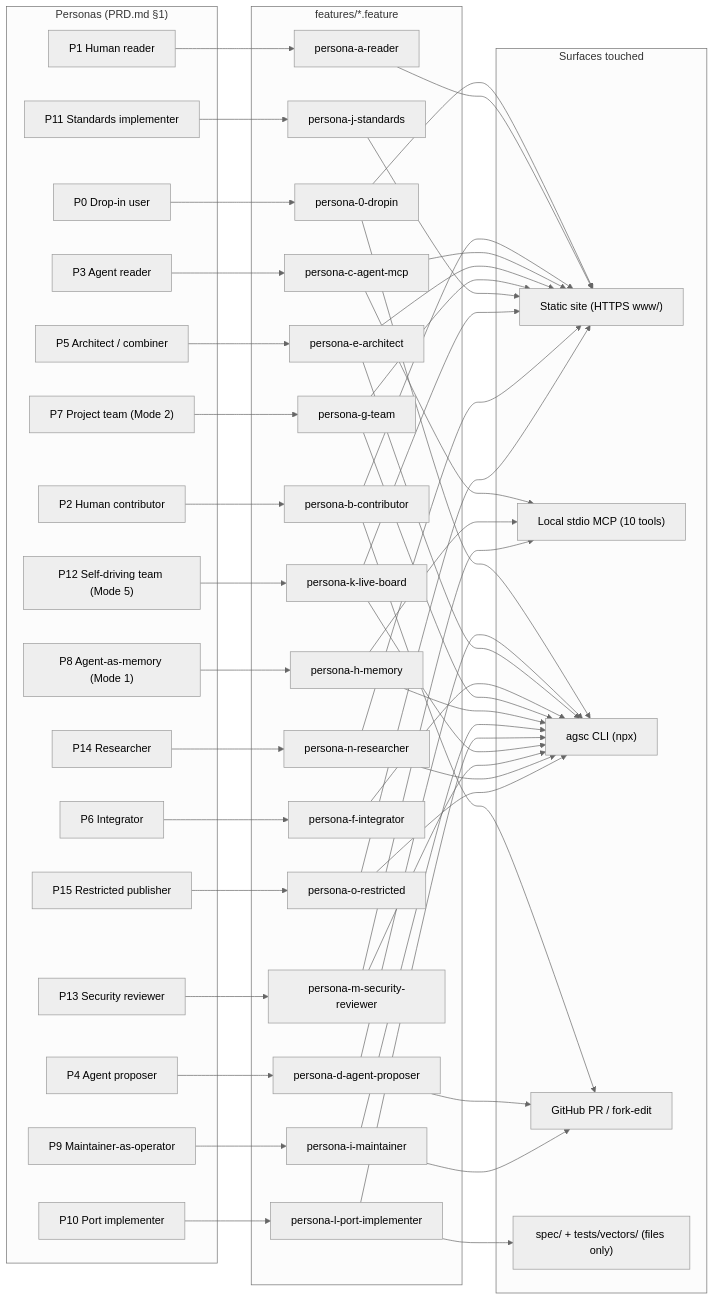
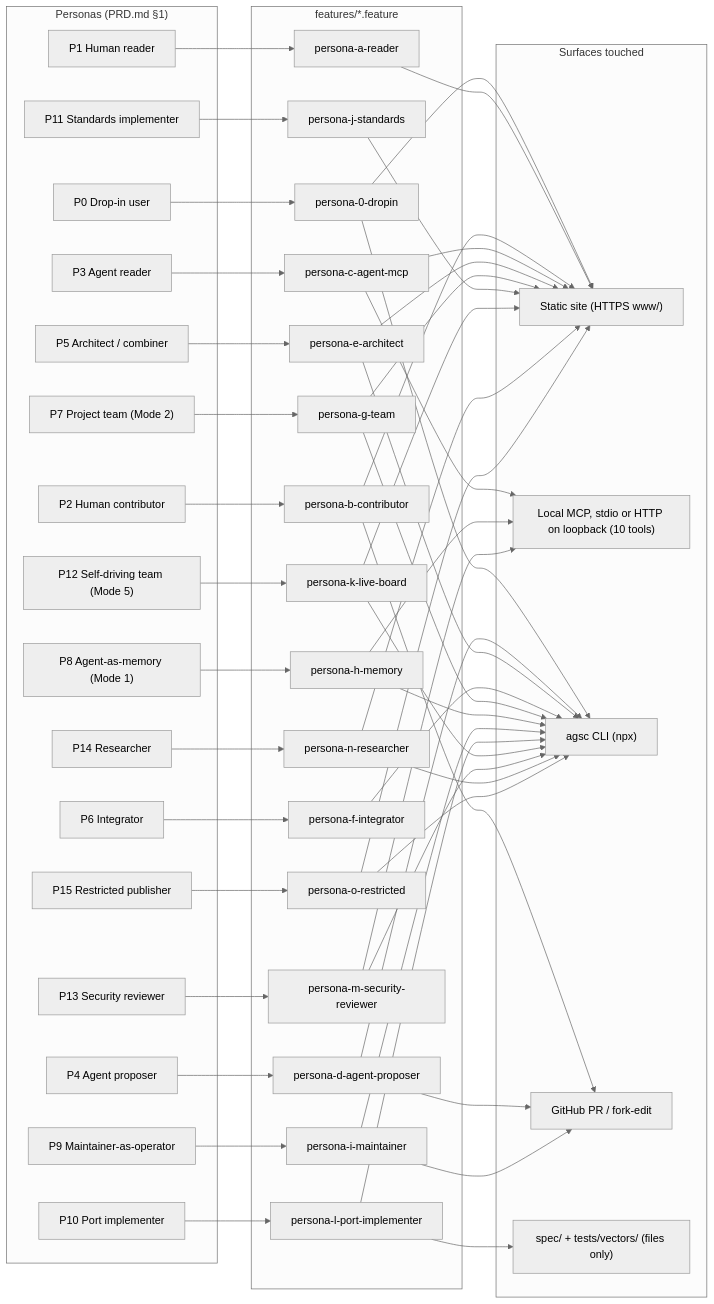
The diagram in docs/diagrams/scenario-map.md (andreibesleaga/agentic-system-core), drawn with Mermaid (neutral theme) before and after one commit. The commit also changed 33 other files, not shown here.

````diff
--- a/docs/diagrams/scenario-map.md
+++ b/docs/diagrams/scenario-map.md
@@ -5,78 +5,78 @@
 ```mermaid
 flowchart LR
   subgraph PERSONAS["Personas (PRD.md §1)"]
     P0["P0 Drop-in user"]
     P1["P1 Human reader"]
     P2["P2 Human contributor"]
     P3["P3 Agent reader"]
     P4["P4 Agent proposer"]
     P5["P5 Architect / combiner"]
     P6["P6 Integrator"]
     P7["P7 Project team (Mode 2)"]
     P8["P8 Agent-as-memory (Mode 1)"]
     P9["P9 Maintainer-as-operator"]
     P10["P10 Port implementer"]
     P11["P11 Standards implementer"]
     P12["P12 Self-driving team (Mode 5)"]
     P13["P13 Security reviewer"]
     P14["P14 Researcher"]
     P15["P15 Restricted publisher"]
   end
 
   subgraph FEATURES["features/*.feature"]
     F0["persona-0-dropin"]
     Fa["persona-a-reader"]
     Fb["persona-b-contributor"]
     Fc["persona-c-agent-mcp"]
     Fd["persona-d-agent-proposer"]
     Fe["persona-e-architect"]
     Ff["persona-f-integrator"]
     Fg["persona-g-team"]
     Fh["persona-h-memory"]
     Fi["persona-i-maintainer"]
     Fj["persona-j-standards"]
     Fk["persona-k-live-board"]
     Fl["persona-l-port-implementer"]
     Fm["persona-m-security-reviewer"]
     Fn["persona-n-researcher"]
     Fo["persona-o-restricted"]
   end
 
   subgraph SURFACES["Surfaces touched"]
     SITE["Static site (HTTPS www/)"]
-    MCP["Local stdio MCP (10 tools)"]
+    MCP["Local MCP, stdio or HTTP on loopback (10 tools)"]
     CLI["agsc CLI (npx)"]
     PR["GitHub PR / fork-edit"]
     FILES["spec/ + tests/vectors/ (files only)"]
   end
 
   P0 --> F0 --> CLI
   F0 --> SITE
   P1 --> Fa --> SITE
   P2 --> Fb --> SITE
   Fb --> PR
   P3 --> Fc --> MCP
   Fc --> SITE
   P4 --> Fd --> CLI
   Fd --> PR
   P5 --> Fe --> SITE
   Fe --> CLI
   P6 --> Ff --> CLI
   P7 --> Fg --> CLI
   Fg --> SITE
   P8 --> Fh --> CLI
   Fh --> MCP
   P9 --> Fi --> CLI
   Fi --> PR
   P10 --> Fl --> FILES
   Fl --> CLI
   P11 --> Fj --> SITE
   P12 --> Fk --> CLI
   Fk --> SITE
   P13 --> Fm --> CLI
   Fm --> MCP
   P14 --> Fn --> CLI
   Fn --> SITE
   P15 --> Fo --> SITE
   Fo --> CLI
 ```
````
